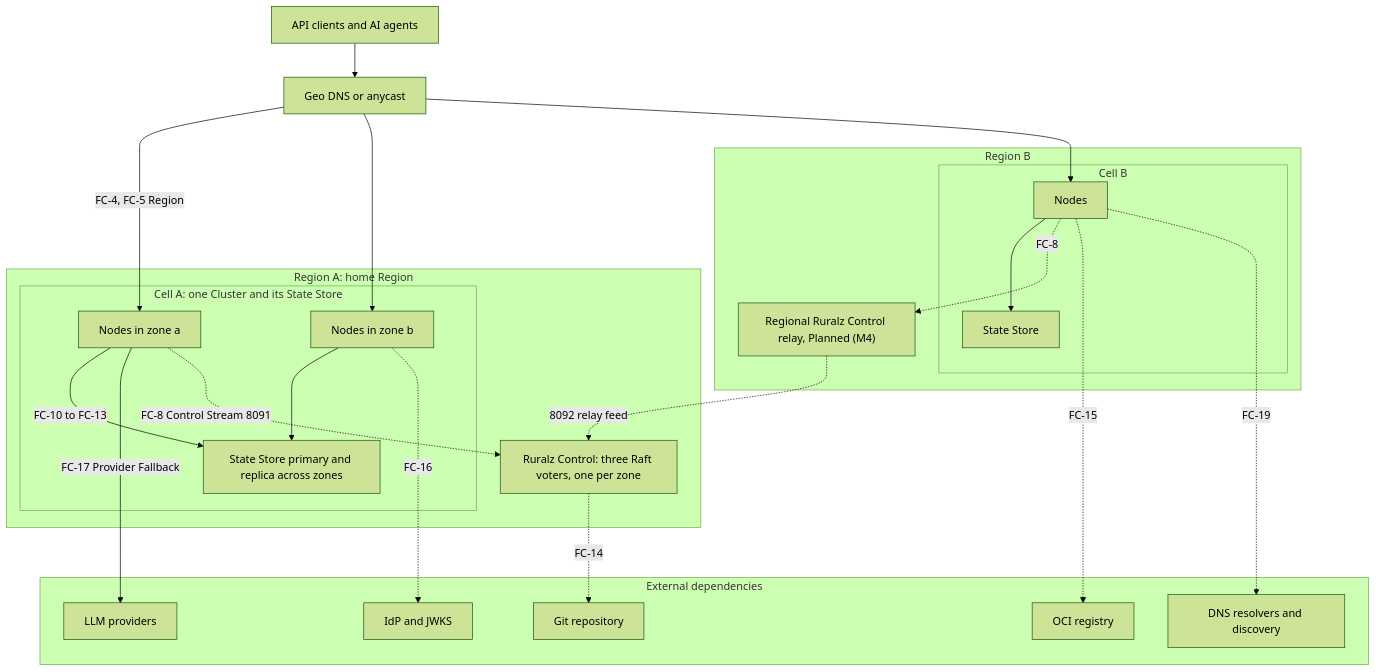
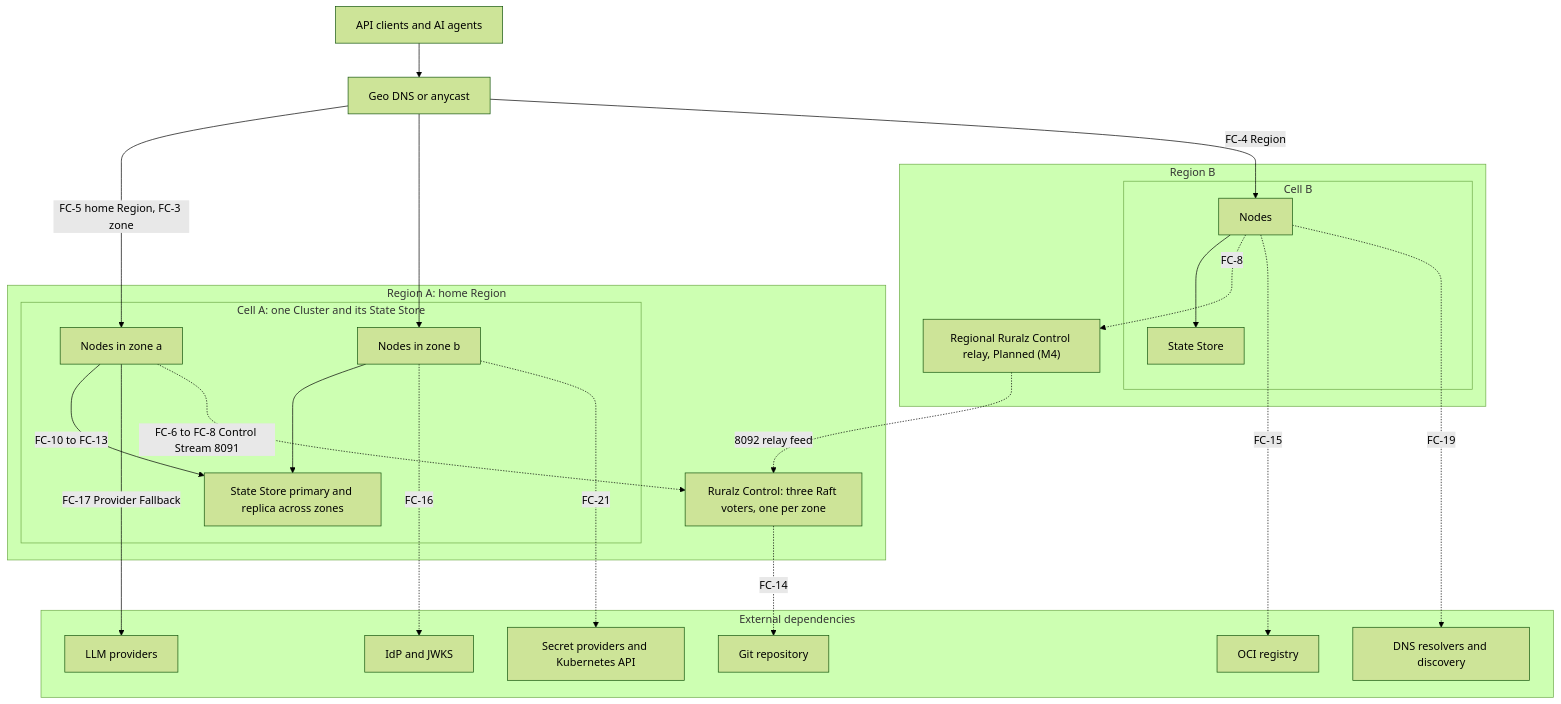
One commit to ravindu-rev/ruralz changed the first of 2 diagrams in docs/operations/04-high-availability-and-disaster-recovery.md. Above: the diagram before and after it, drawn with Mermaid (forest theme). The commit also changed other lines of this file and 14 other files, not shown here.

````diff
--- a/docs/operations/04-high-availability-and-disaster-recovery.md
+++ b/docs/operations/04-high-availability-and-disaster-recovery.md
@@ -38,42 +38,44 @@
 ```mermaid
 flowchart TB
     clients["API clients and AI agents"]
     geo["Geo DNS or anycast"]
     subgraph rega["Region A: home Region"]
         ctl["Ruralz Control: three Raft voters, one per zone"]
         subgraph cella["Cell A: one Cluster and its State Store"]
             nza["Nodes in zone a"]
             nzb["Nodes in zone b"]
             ssa["State Store primary and replica across zones"]
         end
     end
     subgraph regb["Region B"]
         rly["Regional Ruralz Control relay, Planned (M4)"]
         subgraph cellb["Cell B"]
             nb["Nodes"]
             ssb["State Store"]
         end
     end
     subgraph ext["External dependencies"]
         git["Git repository"]
         oci["OCI registry"]
         idp["IdP and JWKS"]
         llm["LLM providers"]
         rdns["DNS resolvers and discovery"]
+        sp["Secret providers and Kubernetes API"]
     end
     clients --> geo
-    geo -->|"FC-4, FC-5 Region"| nza
+    geo -->|"FC-5 home Region, FC-3 zone"| nza
     geo --> nzb
-    geo --> nb
+    geo -->|"FC-4 Region"| nb
     nza -->|"FC-10 to FC-13"| ssa
     nzb --> ssa
     nb --> ssb
     nza -->|"FC-17 Provider Fallback"| llm
     nzb -.->|"FC-16"| idp
-    nza -.->|"FC-8 Control Stream 8091"| ctl
+    nza -.->|"FC-6 to FC-8 Control Stream 8091"| ctl
     nb -.->|"FC-8"| rly
     rly -.->|"8092 relay feed"| ctl
     ctl -.->|"FC-14"| git
     nb -.->|"FC-15"| oci
     nb -.->|"FC-19"| rdns
+    nzb -.->|"FC-21"| sp
 ```
````
